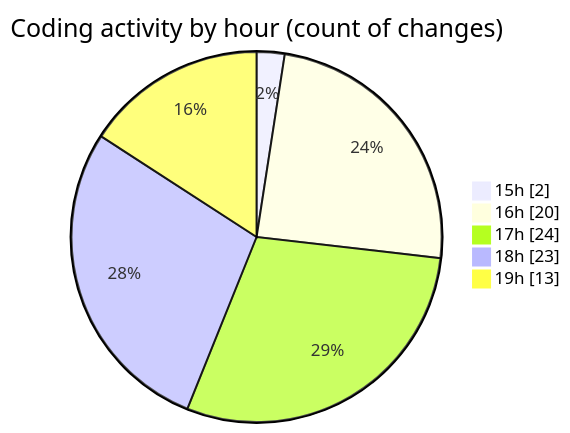
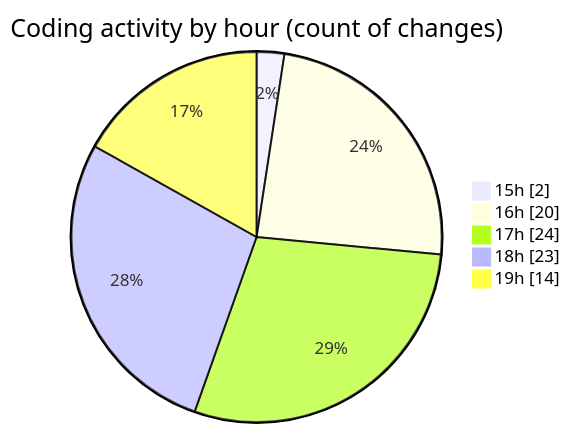
The second of 2 diagrams in 2025-08-09/nxtqube_webapp/README.md (nxtqubesakshisongat/code-tracking), drawn with Mermaid before and after one commit. The commit also changed other lines of this file and 1 other file, not shown here.

````diff
--- a/2025-08-09/nxtqube_webapp/README.md
+++ b/2025-08-09/nxtqube_webapp/README.md
@@ -32,9 +32,9 @@
 ```mermaid
 pie showData
 title Coding activity by hour (count of changes)
 "15h" : 2
 "16h" : 20
 "17h" : 24
 "18h" : 23
-"19h" : 13
+"19h" : 14
 ```
````
